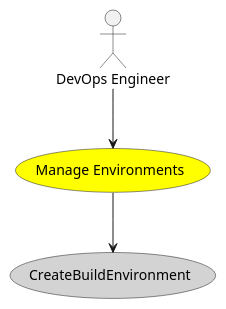
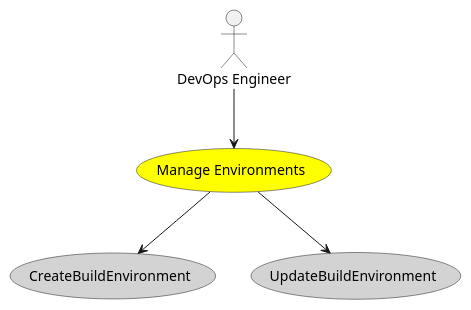
The diagram in docs/sabr/aml/dsom/usecases/manageenvironments/activities.puml (madajaju/sabr), drawn with PlantUML before and after one commit. The commit also changed 1010 other files, not shown here.

```diff
--- a/docs/sabr/aml/dsom/usecases/manageenvironments/activities.puml
+++ b/docs/sabr/aml/dsom/usecases/manageenvironments/activities.puml
@@ -1,24 +1,28 @@
 @startuml
 
 
 usecase "Manage Environments" as ManageEnvironments #yellow
 
 Actor "DevOps Engineer" as DevOpsEngineer
 
 DevOpsEngineer --> ManageEnvironments
 
 
 
 usecase "CreateBuildEnvironment" as CreateBuildEnvironment #lightgrey
 
 ManageEnvironments --> CreateBuildEnvironment
 
+usecase "UpdateBuildEnvironment" as UpdateBuildEnvironment #lightgrey
+
+ManageEnvironments --> UpdateBuildEnvironment
+
 
 
 
 
 
 
 
 
 @enduml
```
